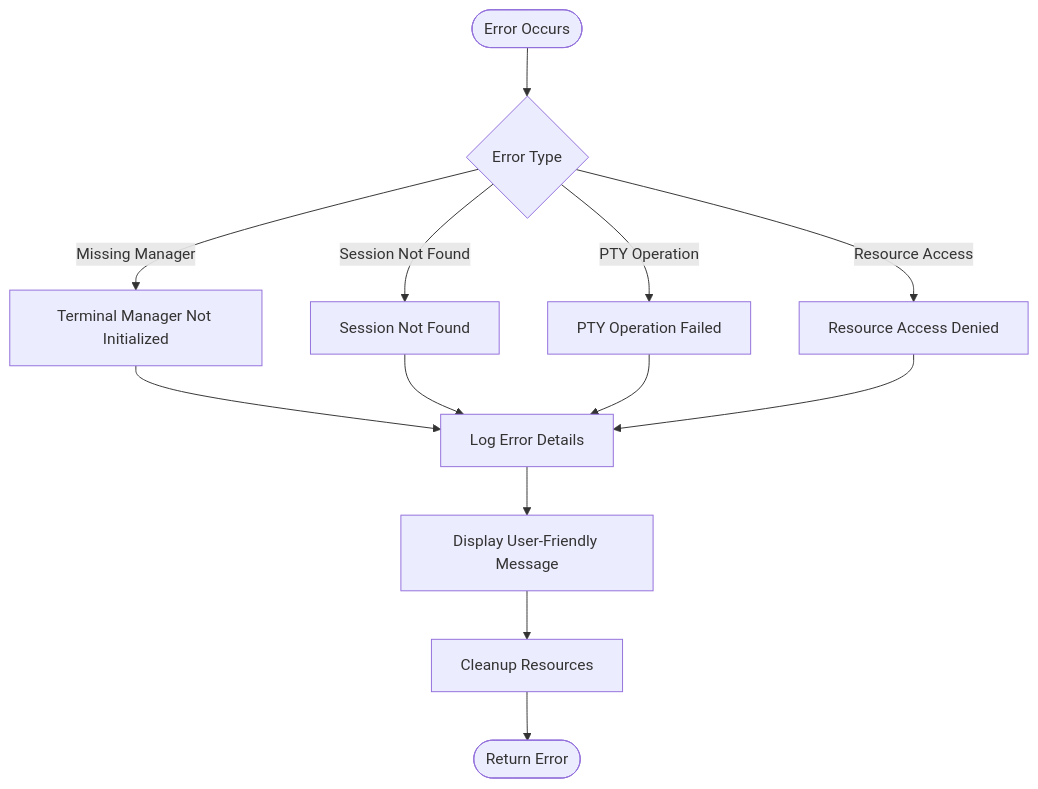
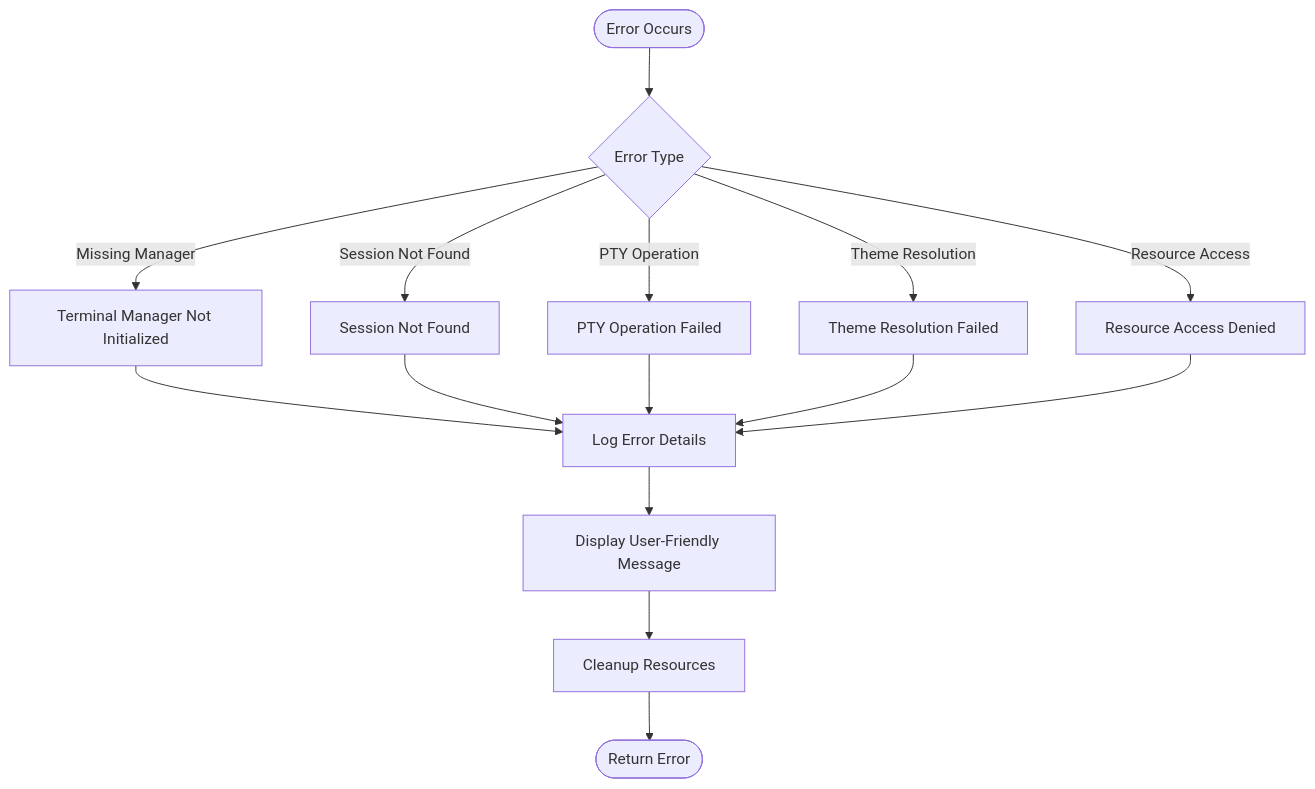
Diagram 11 of 11 in .qoder/repowiki/en/content/Frontend Application/Terminal Emulation System.md (v0lka/c0wrk), drawn with Mermaid before and after one commit. The commit also changed other lines of this file and 52 other files, not shown here.

````diff
--- a/.qoder/repowiki/en/content/Frontend Application/Terminal Emulation System.md
+++ b/.qoder/repowiki/en/content/Frontend Application/Terminal Emulation System.md
@@ -378,15 +495,17 @@
 ```mermaid
 flowchart TD
 Error([Error Occurs]) --> CheckType{"Error Type"}
 CheckType --> |Missing Manager| ManagerError["Terminal Manager Not Initialized"]
 CheckType --> |Session Not Found| SessionError["Session Not Found"]
 CheckType --> |PTY Operation| PtyError["PTY Operation Failed"]
 CheckType --> |Resource Access| ResourceError["Resource Access Denied"]
+CheckType --> |Theme Resolution| ThemeError["Theme Resolution Failed"]
 ManagerError --> LogError["Log Error Details"]
 SessionError --> LogError
 PtyError --> LogError
+ThemeError --> LogError
 ResourceError --> LogError
 LogError --> UserFeedback["Display User-Friendly Message"]
 UserFeedback --> Cleanup["Cleanup Resources"]
 Cleanup --> ReturnError([Return Error])
 ```
````
